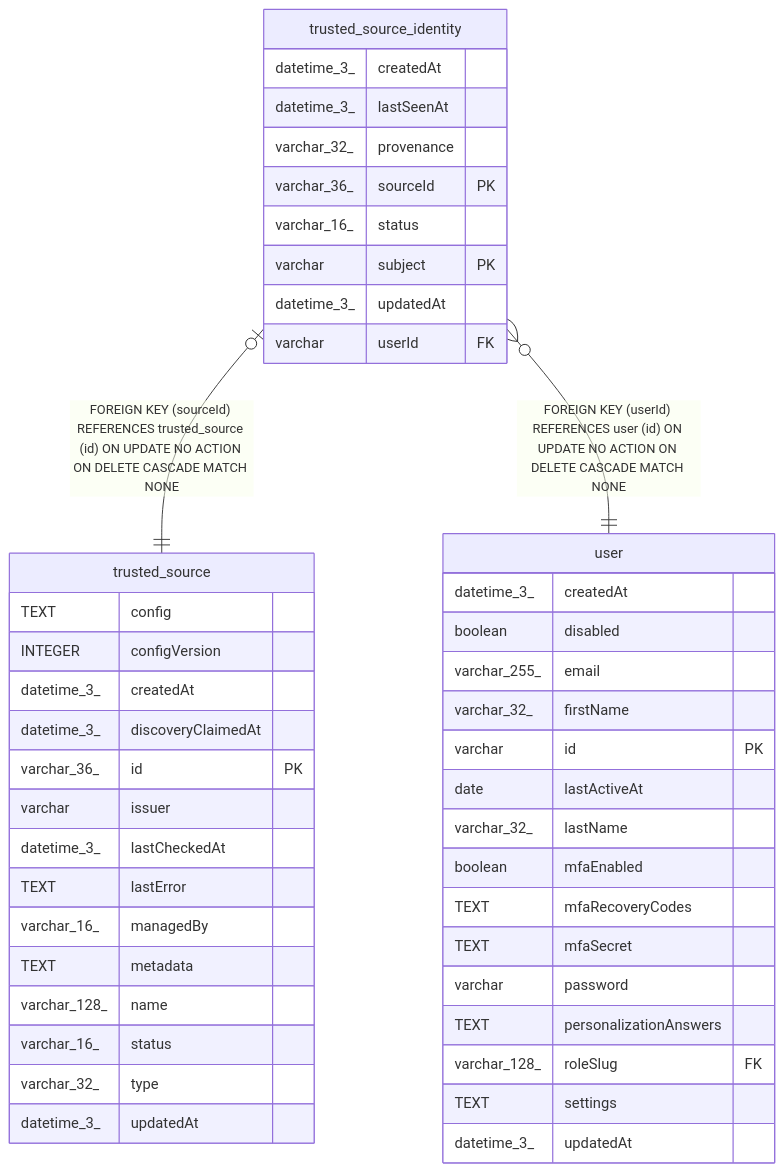
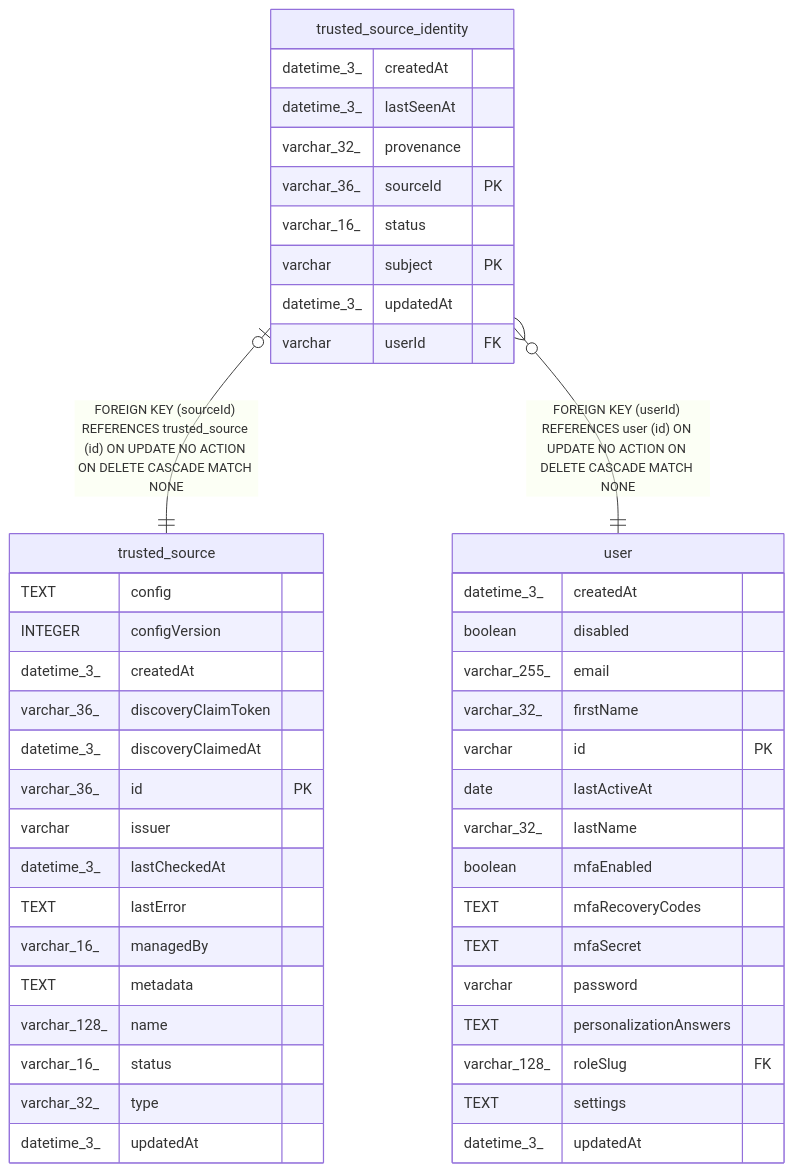
Before and after one commit to qirh/n8n: the diagram in docs/generated/sqlite-schema/trusted_source_identity.md, drawn with Mermaid. The commit also changed 12 other files, not shown here.

Commit message:
refactor(core): Fence discovery claims with a token and use the database clock

````diff
--- a/docs/generated/sqlite-schema/trusted_source_identity.md
+++ b/docs/generated/sqlite-schema/trusted_source_identity.md
@@ -46,50 +46,51 @@
 ```mermaid
 erDiagram
 
 "trusted_source_identity" |o--|| "trusted_source" : "FOREIGN KEY (sourceId) REFERENCES trusted_source (id) ON UPDATE NO ACTION ON DELETE CASCADE MATCH NONE"
 "trusted_source_identity" }o--|| "user" : "FOREIGN KEY (userId) REFERENCES user (id) ON UPDATE NO ACTION ON DELETE CASCADE MATCH NONE"
 
 "trusted_source_identity" {
   datetime_3_ createdAt
   datetime_3_ lastSeenAt
   varchar_32_ provenance
   varchar_36_ sourceId PK
   varchar_16_ status
   varchar subject PK
   datetime_3_ updatedAt
   varchar userId FK
 }
 "trusted_source" {
   TEXT config
   INTEGER configVersion
   datetime_3_ createdAt
+  varchar_36_ discoveryClaimToken
   datetime_3_ discoveryClaimedAt
   varchar_36_ id PK
   varchar issuer
   datetime_3_ lastCheckedAt
   TEXT lastError
   varchar_16_ managedBy
   TEXT metadata
   varchar_128_ name
   varchar_16_ status
   varchar_32_ type
   datetime_3_ updatedAt
 }
 "user" {
   datetime_3_ createdAt
   boolean disabled
   varchar_255_ email
   varchar_32_ firstName
   varchar id PK
   date lastActiveAt
   varchar_32_ lastName
   boolean mfaEnabled
   TEXT mfaRecoveryCodes
   TEXT mfaSecret
   varchar password
   TEXT personalizationAnswers
   varchar_128_ roleSlug FK
   TEXT settings
   datetime_3_ updatedAt
 }
 ```
````
